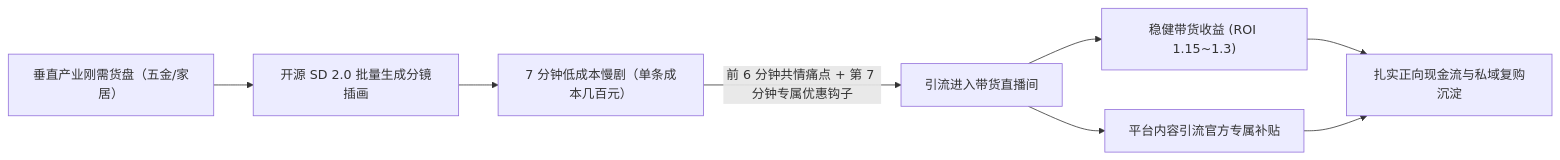
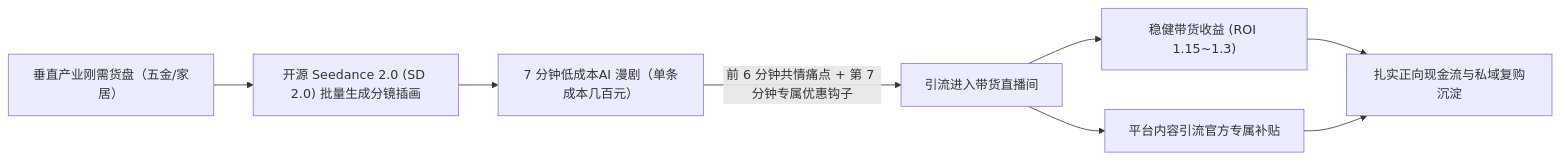
The second of 2 diagrams in content/live-20261121-daowen-01.md (dollarser/knowledge), drawn with Mermaid before and after one commit. The commit also changed other lines of this file and 5 other files, not shown here.

````diff
--- a/content/live-20261121-daowen-01.md
+++ b/content/live-20261121-daowen-01.md
@@ -54,9 +54,9 @@
 ```mermaid
 flowchart LR
-    A["垂直产业刚需货盘（五金/家居）"] --> B["开源 SD 2.0 批量生成分镜插画"]
-    B --> C["7 分钟低成本慢剧（单条成本几百元）"]
+    A["垂直产业刚需货盘（五金/家居）"] --> B["开源 Seedance 2.0 (SD 2.0) 批量生成分镜插画"]
+    B --> C["7 分钟低成本AI 漫剧（单条成本几百元）"]
     C -->|"前 6 分钟共情痛点 + 第 7 分钟专属优惠钩子"| D["引流进入带货直播间"]
     D --> E["稳健带货收益 (ROI 1.15~1.3)"]
     D --> F["平台内容引流官方专属补贴"]
     E & F --> G["扎实正向现金流与私域复购沉淀"]
 ```
````
